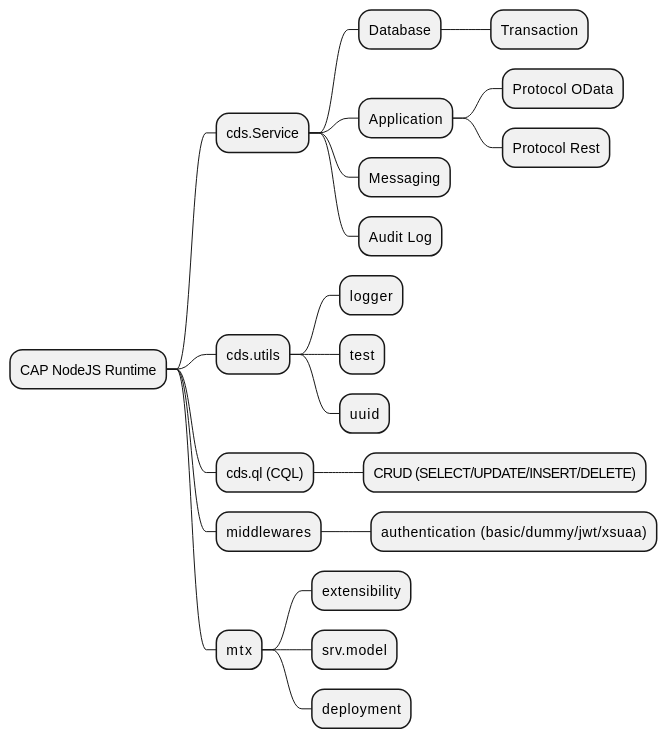
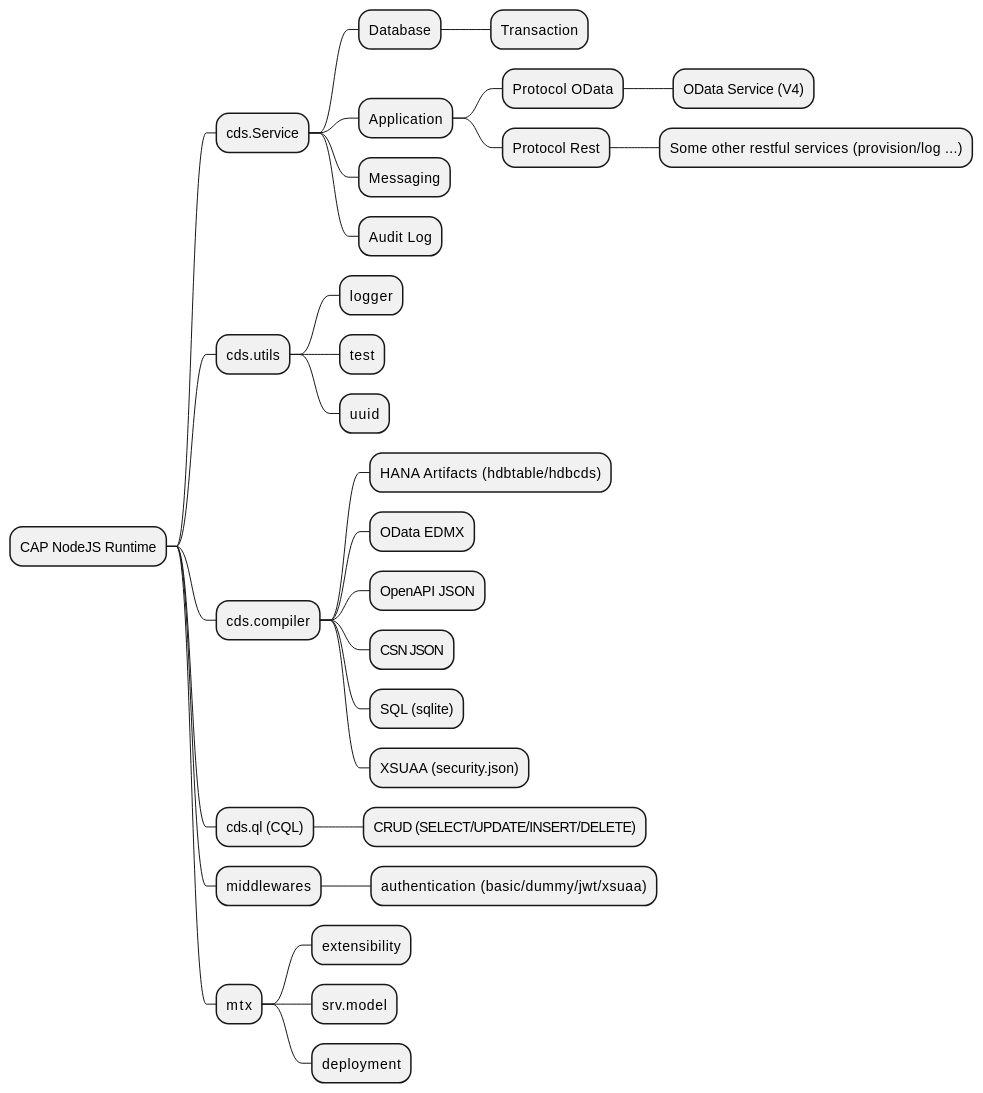
One commit to Soontao/presentations changed the second of 2 diagrams in src/node/cap-training/session-6.md. Above: the diagram before and after it, drawn with PlantUML. The commit also changed 1 other file, not shown here.

````diff
--- a/src/node/cap-training/session-6.md
+++ b/src/node/cap-training/session-6.md
@@ -49,25 +49,34 @@
 ```plantuml
 @startmindmap
 * CAP NodeJS Runtime
 ** cds.Service
 *** Database
 **** Transaction
 *** Application
 **** Protocol OData
+***** OData Service (V4)
 **** Protocol Rest
+***** Some other restful services (provision/log ...)
 *** Messaging
 *** Audit Log
 ** cds.utils
 *** logger
 *** test
 *** uuid
+** cds.compiler
+*** HANA Artifacts (hdbtable/hdbcds)
+*** OData EDMX
+*** OpenAPI JSON
+*** CSN JSON
+*** SQL (sqlite)
+*** XSUAA (security.json)
 ** cds.ql (CQL)
 *** CRUD (SELECT/UPDATE/INSERT/DELETE)
 ** middlewares
 *** authentication (basic/dummy/jwt/xsuaa)
 ** mtx
 *** extensibility
 *** srv.model
 *** deployment
 @endmindmap
 ```
````
